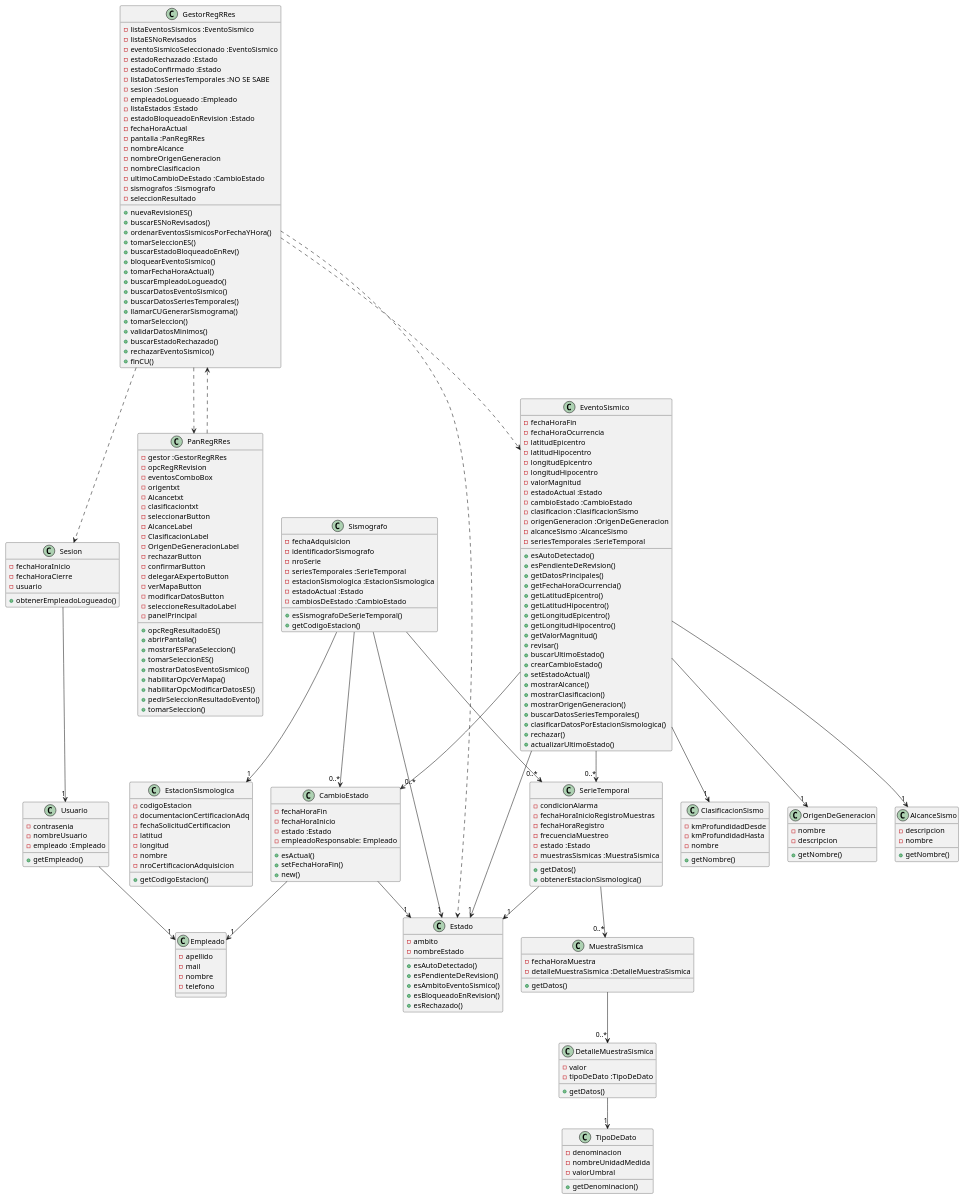
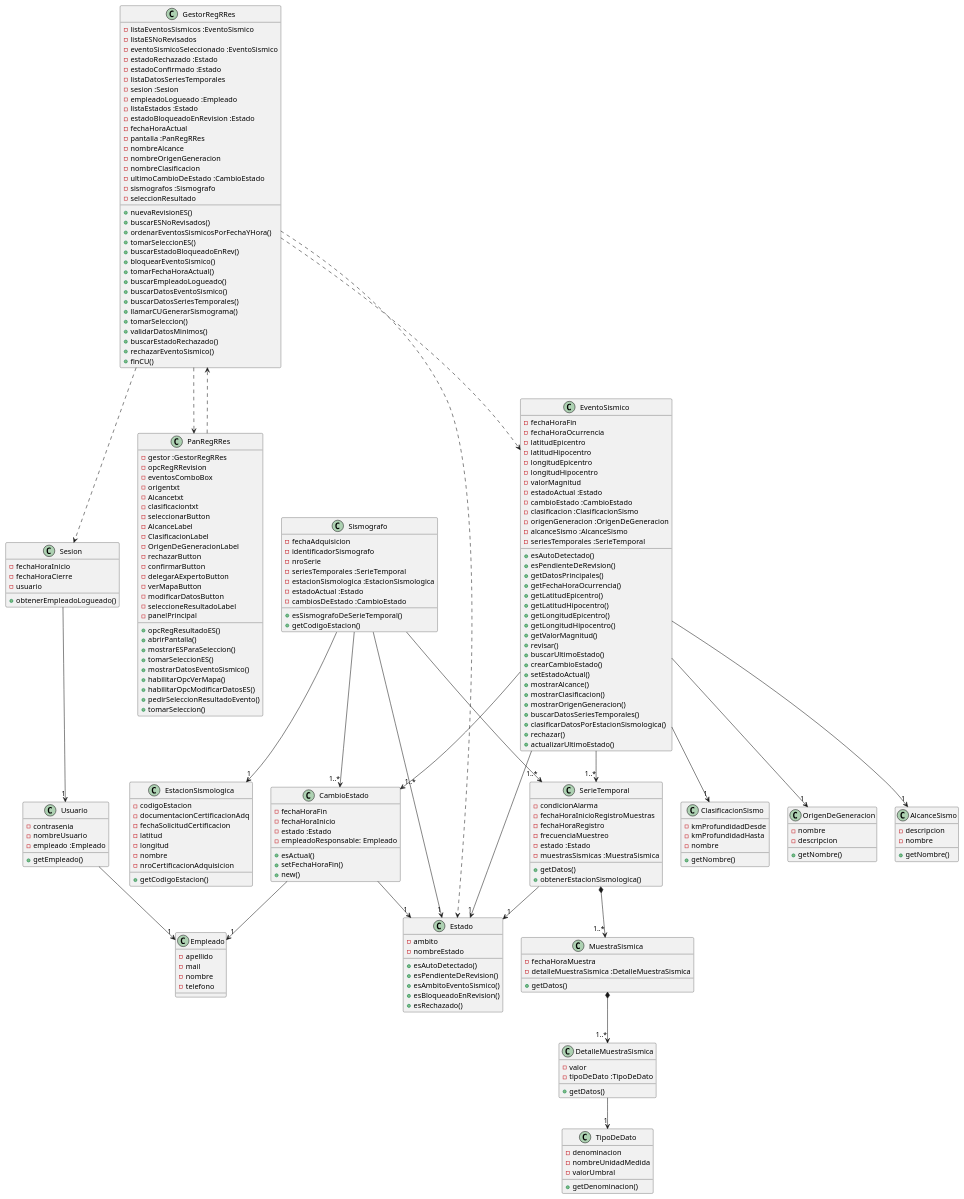
The diagram in diagrama-vista-estatica.wsd (santiwg/TPI-DS2025-G1), drawn with PlantUML before and after one commit.

Commit message:
Cambio multiplicidades y tipos de relaciones

```diff
--- a/diagrama-vista-estatica.wsd
+++ b/diagrama-vista-estatica.wsd
@@ -6,7 +6,7 @@
     -eventoSismicoSeleccionado :EventoSismico
     -estadoRechazado :Estado
     -estadoConfirmado :Estado
-    -listaDatosSeriesTemporales :NO SE SABE
+    -listaDatosSeriesTemporales
     -sesion :Sesion
     -empleadoLogueado :Empleado
     -listaEstados :Estado
@@ -257,23 +257,23 @@
 
 EventoSismico -->"1" OrigenDeGeneracion
 
-EventoSismico -->"0..*" SerieTemporal
+EventoSismico -->"1..*" SerieTemporal
 
-EventoSismico -->"0..*"CambioEstado
+EventoSismico -->"1..*"CambioEstado
 
-SerieTemporal -->"0..*" MuestraSismica
+SerieTemporal *-->"1..*" MuestraSismica
 
 SerieTemporal -->"1"Estado
 
-MuestraSismica -->"0..*" DetalleMuestraSismica
+MuestraSismica *-->"1..*" DetalleMuestraSismica
 
 Sismografo -->"1" Estado
 
-Sismografo -->"0..*" CambioEstado
+Sismografo -->"1..*" CambioEstado
 
 DetalleMuestraSismica -->"1" TipoDeDato
 
-Sismografo -->"0..*" SerieTemporal
+Sismografo -->"1..*" SerieTemporal
 
 Sismografo -->"1" EstacionSismologica
 @enduml
```
